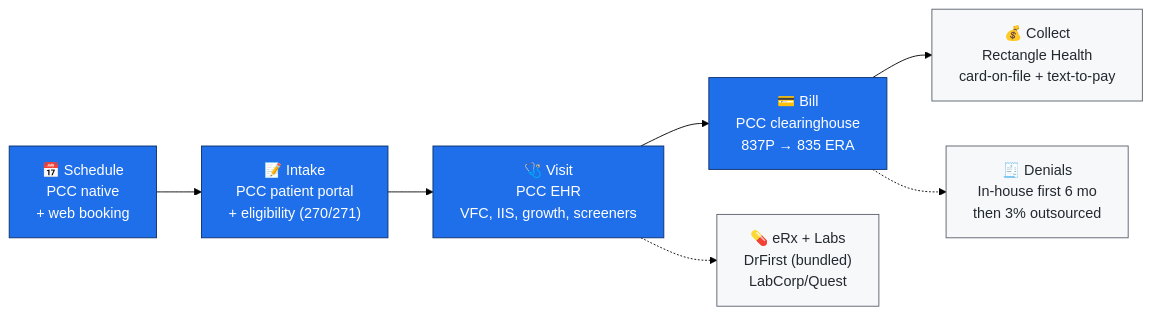
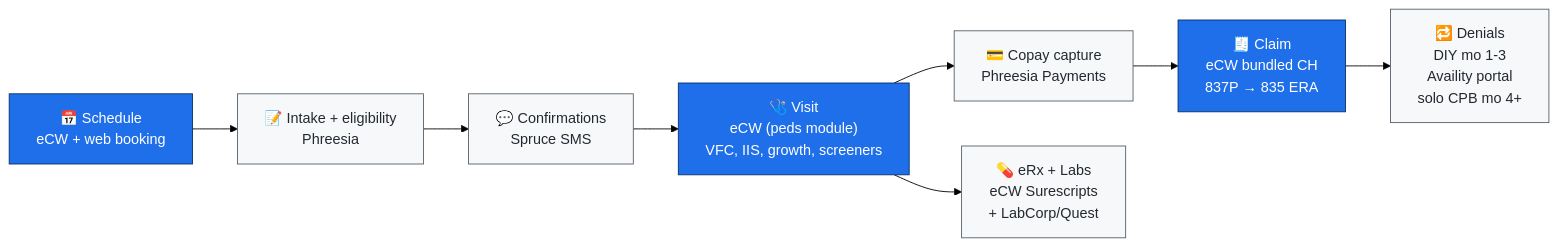
Before and after one commit to anishtallapureddy/anish-projects: the first of 7 diagrams in pm-portfolio/pediatrics-practice-stack/README.md, drawn with Mermaid (forest theme). The commit also changed other lines of this file, not shown here.

First line of the commit message:
docs(peds-stack): refactor README front matter for clarity — decision-first, tradeoffs explicit, alternatives subordinate

````diff
--- a/pm-portfolio/pediatrics-practice-stack/README.md
+++ b/pm-portfolio/pediatrics-practice-stack/README.md
@@ -257,13 +55,14 @@
 ```mermaid
 flowchart LR
-    A["📅 Schedule<br/>PCC native<br/>+ web booking"] --> B["📝 Intake<br/>PCC patient portal<br/>+ eligibility (270/271)"]
-    B --> C["🩺 Visit<br/>PCC EHR<br/>VFC, IIS, growth, screeners"]
-    C --> D["💳 Bill<br/>PCC clearinghouse<br/>837P → 835 ERA"]
-    D --> E["💰 Collect<br/>Rectangle Health<br/>card-on-file + text-to-pay"]
-    C -.-> F["💊 eRx + Labs<br/>DrFirst (bundled)<br/>LabCorp/Quest"]
-    D -.-> G["🧾 Denials<br/>In-house first 6 mo<br/>then 3% outsourced"]
+    A["📅 Schedule<br/>eCW + web booking"] --> B["📝 Intake + eligibility<br/>Phreesia"]
+    B --> C["💬 Confirmations<br/>Spruce SMS"]
+    C --> D["🩺 Visit<br/>eCW (peds module)<br/>VFC, IIS, growth, screeners"]
+    D --> E["💳 Copay capture<br/>Phreesia Payments"]
+    D --> F["💊 eRx + Labs<br/>eCW Surescripts<br/>+ LabCorp/Quest"]
+    E --> G["🧾 Claim<br/>eCW bundled CH<br/>837P → 835 ERA"]
+    G --> H["🔁 Denials<br/>DIY mo 1-3<br/>Availity portal<br/>solo CPB mo 4+"]
     classDef core fill:#1f6feb,stroke:#0a3069,color:#fff
     classDef ext fill:#f6f8fa,stroke:#57606a,color:#24292f
-    class A,B,C,D core
-    class E,F,G ext
+    class A,D,G core
+    class B,C,E,F,H ext
 ```
````
